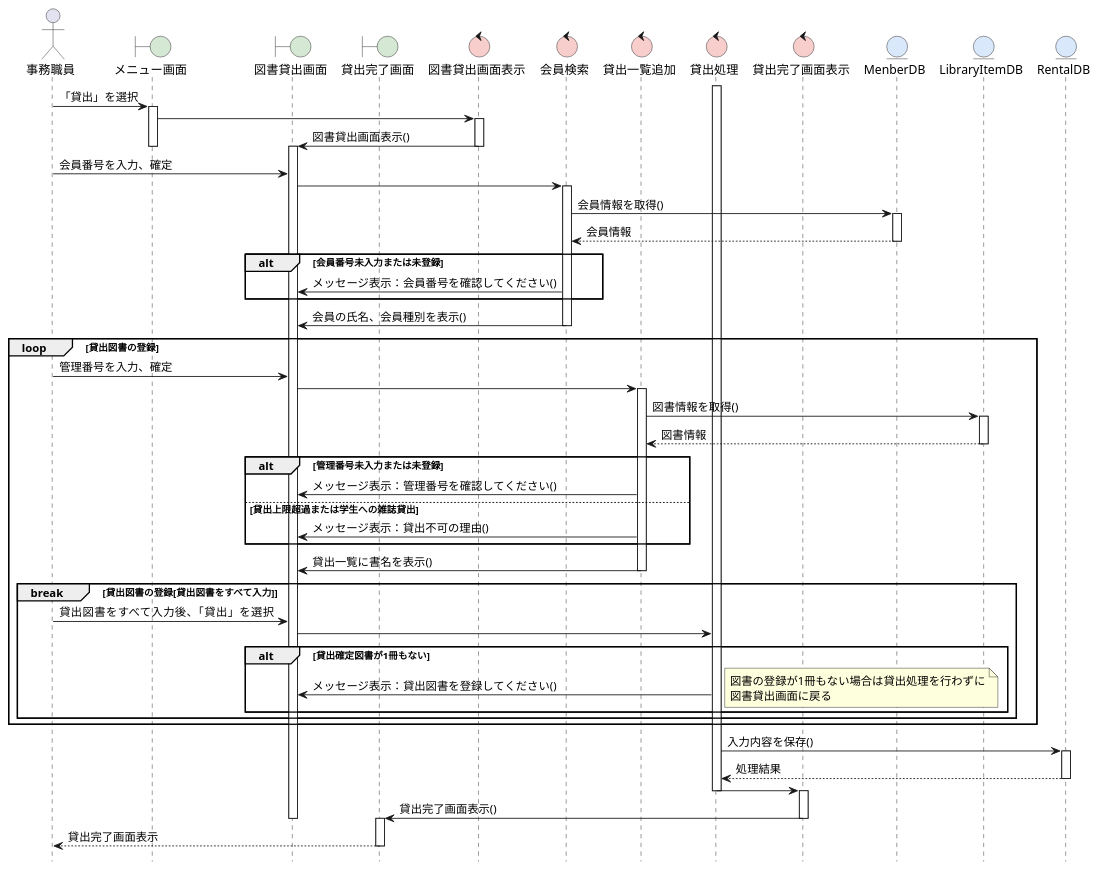
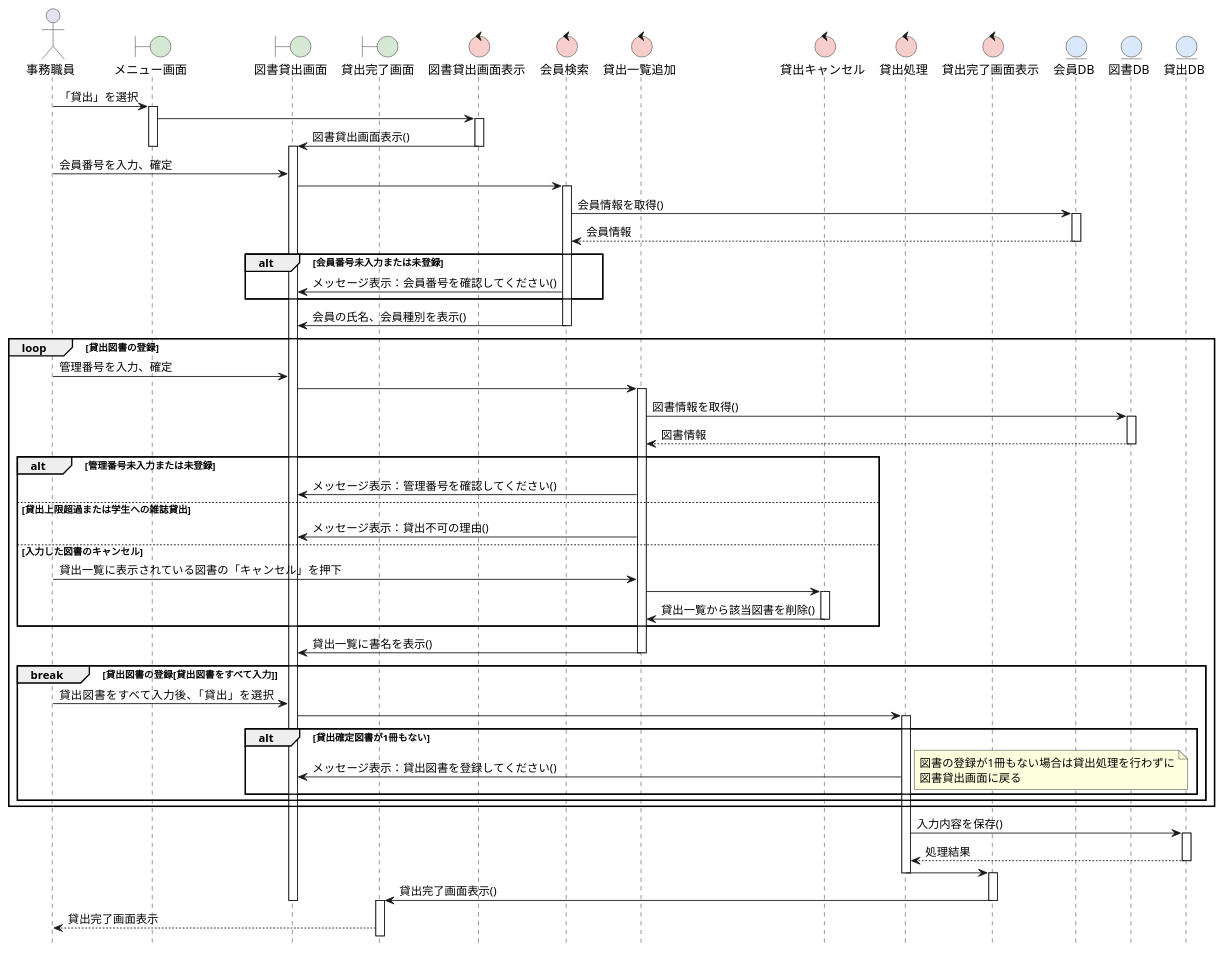
Before and after one commit to FujikawaHirono0520/group3_1_dogdog: the diagram in kouka2/sequence_rent.pu, drawn with PlantUML.

Commit message:
激ヤバいシーケンス図

```diff
--- a/kouka2/sequence_rent.pu
+++ b/kouka2/sequence_rent.pu
@@ -1,105 +1,114 @@
 @startuml rent
 
 hide footbox
 skinparam BoundaryBackgroundColor #D5E8D4
 skinparam ControlBackgroundColor #F8CECC
 skinparam EntityBackgroundColor #DAE8FC
 
 actor 事務職員 as User
 
 boundary メニュー画面 as menu
 boundary 図書貸出画面 as rent
 boundary 貸出完了画面 as rentComplete
 
 control 図書貸出画面表示 as rentDisp
 control 会員検索 as memberSearch
 control 貸出一覧追加 as rentListDisp
+control 貸出キャンセル as removeRent
 control 貸出処理 as rentProcess
 control 貸出完了画面表示 as rentCompleteDisp
 
-entity MenberDB as memberDB
-entity LibraryItemDB as libraryItemDB
-entity RentalDB as rentalDB
+entity 会員DB as memberDB
+entity 図書DB as libraryItemDB
+entity 貸出DB as rentalDB
 
 User -> menu: 「貸出」を選択
 
 activate menu
 menu -> rentDisp
 
 activate rentDisp
 rentDisp -> rent: 図書貸出画面表示()
 deactivate menu
 deactivate rentDisp
 
 activate rent
 User -> rent: 会員番号を入力、確定
 rent -> memberSearch
 
 activate memberSearch
 memberSearch -> memberDB: 会員情報を取得()
 
 activate memberDB
 memberDB --> memberSearch: 会員情報
 deactivate memberDB
 
 alt 会員番号未入力または未登録
     memberSearch -> rent: メッセージ表示：会員番号を確認してください()
 end
 
 memberSearch -> rent: 会員の氏名、会員種別を表示()
 deactivate memberSearch
 
 loop 貸出図書の登録
     User -> rent: 管理番号を入力、確定
     rent -> rentListDisp
 
     activate rentListDisp
     rentListDisp -> libraryItemDB: 図書情報を取得()
 
     activate libraryItemDB
     libraryItemDB --> rentListDisp: 図書情報
     deactivate libraryItemDB
 
     alt 管理番号未入力または未登録
         rentListDisp -> rent: メッセージ表示：管理番号を確認してください()
     else 貸出上限超過または学生への雑誌貸出
         rentListDisp -> rent: メッセージ表示：貸出不可の理由()
+    else 入力した図書のキャンセル
+        User -> rentListDisp: 貸出一覧に表示されている図書の「キャンセル」を押下
+        rentListDisp -> removeRent
+
+        activate removeRent
+        removeRent -> rentListDisp: 貸出一覧から該当図書を削除()
+        deactivate removeRent
     end
 
     rentListDisp -> rent: 貸出一覧に書名を表示()
     deactivate rentListDisp
 
     break 貸出図書の登録[貸出図書をすべて入力]
         User -> rent: 貸出図書をすべて入力後、「貸出」を選択
+
         rent -> rentProcess
+        activate rentProcess
 
         alt 貸出確定図書が1冊もない
             rentProcess -> rent: メッセージ表示：貸出図書を登録してください()
             note right
                 図書の登録が1冊もない場合は貸出処理を行わずに
                 図書貸出画面に戻る
             end note
         end
     end
 end
 
-activate rentProcess
+
 rentProcess -> rentalDB: 入力内容を保存()
 
 activate rentalDB
 rentalDB --> rentProcess: 処理結果
 deactivate rentalDB
 
 rentProcess -> rentCompleteDisp
 deactivate rentProcess
 
 activate rentCompleteDisp
 rentCompleteDisp -> rentComplete: 貸出完了画面表示()
 deactivate rentCompleteDisp
 
 deactivate rent
 activate rentComplete
 rentComplete --> User: 貸出完了画面表示
-deactivate rentComplete
 
 @enduml
```
